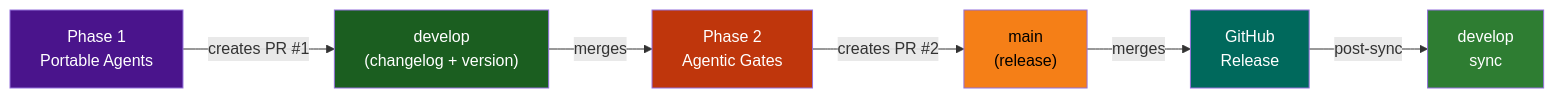
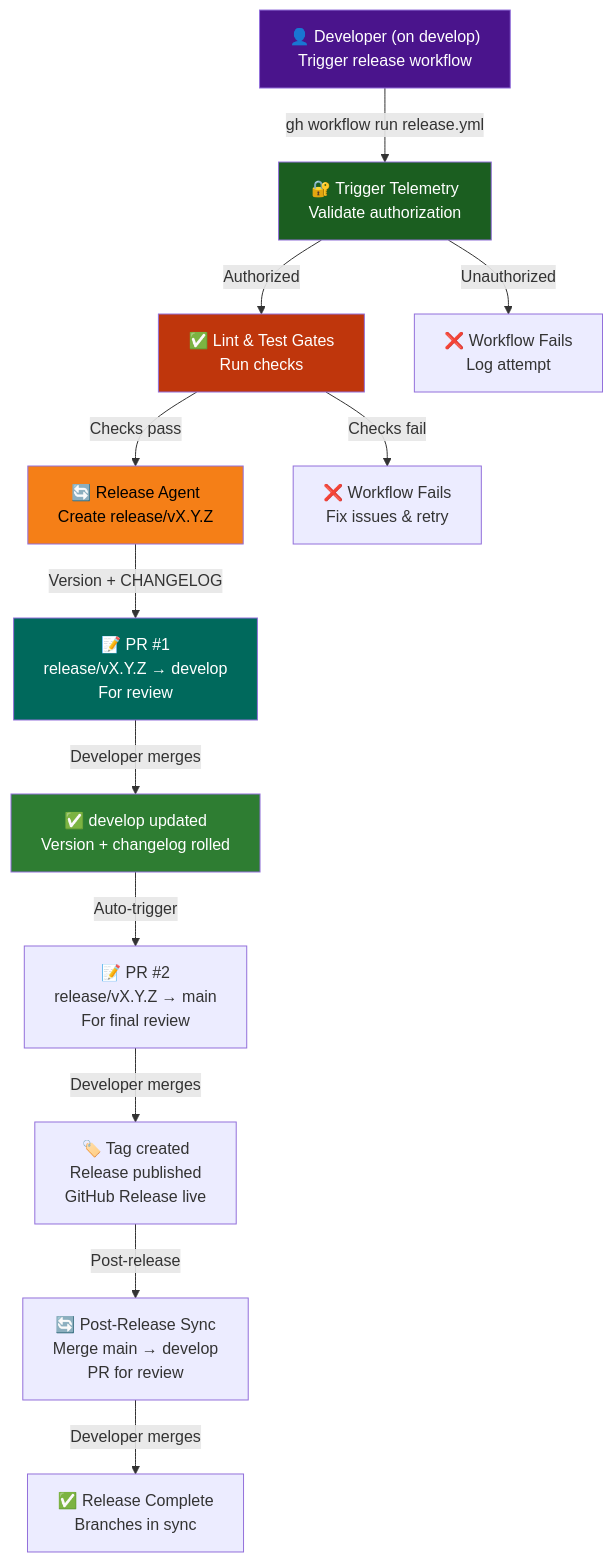
Before and after one commit to lightspeedwp/.github: the first of 6 diagrams in docs/RELEASE_PROCESS.md, drawn with Mermaid. The commit also changed other lines of this file and 243 other files, not shown here.

First line of the commit message:
test(accessibility): README.md update script testing + Mermaid accessibility enhancement

````diff
--- a/docs/RELEASE_PROCESS.md
+++ b/docs/RELEASE_PROCESS.md
@@ -49,17 +49,24 @@
 ```mermaid
-graph LR
-  accTitle: Two-Phase Release Process
-  accDescr: Phase 1 creates PR on develop with changelog and version, Phase 2 creates PR on main for release
-    A["Phase 1<br/>Portable Agents"] -->|creates PR #1| B["develop<br/>(changelog + version)"]
-    B -->|merges| C["Phase 2<br/>Agentic Gates"]
-    C -->|creates PR #2| D["main<br/>(release)"]
-    D -->|merges| E["GitHub<br/>Release"]
-    E -->|post-sync| F["develop<br/>sync"]
+flowchart TD
+%%{init: { 'accessibility': { 'diagWithoutTitle':true } }}%%
+    accTitle: Release workflow full flow
+    accDescr: Developer triggers release, authorization checks, CI gates, version bump, stacked PRs to develop and main, tag and release, post-release sync
+    A["👤 Developer (on develop)<br/>Trigger release workflow"] -->|"gh workflow run release.yml"| B["🔐 Trigger Telemetry<br/>Validate authorization"]
+    B -->|Authorized| C["✅ Lint & Test Gates<br/>Run checks"]
+    B -->|Unauthorized| Z1["❌ Workflow Fails<br/>Log attempt"]
+    C -->|Checks pass| D["🔄 Release Agent<br/>Create release/vX.Y.Z"]
+    C -->|Checks fail| Z2["❌ Workflow Fails<br/>Fix issues & retry"]
+    D -->|"Version + CHANGELOG"| E["📝 PR #1<br/>release/vX.Y.Z → develop<br/>For review"]
+    E -->|Developer merges| F["✅ develop updated<br/>Version + changelog rolled"]
+    F -->|Auto-trigger| G["📝 PR #2<br/>release/vX.Y.Z → main<br/>For final review"]
+    G -->|Developer merges| H["🏷️ Tag created<br/>Release published<br/>GitHub Release live"]
+    H -->|Post-release| I["🔄 Post-Release Sync<br/>Merge main → develop<br/>PR for review"]
+    I -->|Developer merges| J["✅ Release Complete<br/>Branches in sync"]
     
     style A fill:#4a148c,color:#fff
     style B fill:#1b5e20,color:#fff
     style C fill:#bf360c,color:#fff
     style D fill:#f57f17,color:#000
     style E fill:#00695c,color:#fff
     style F fill:#2e7d32,color:#fff
 ```
````
